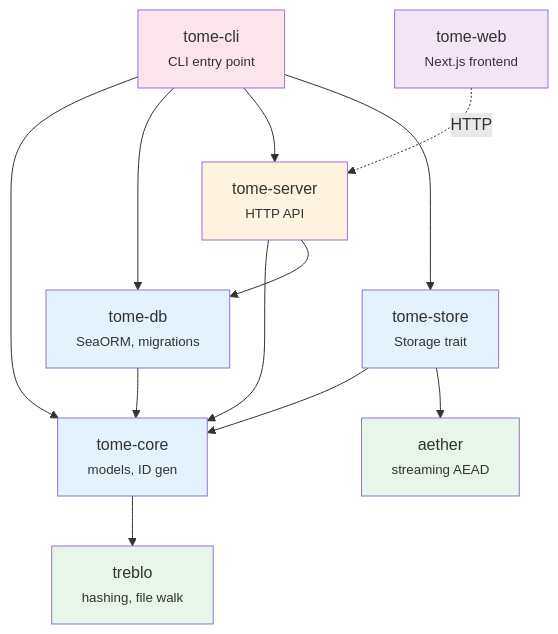
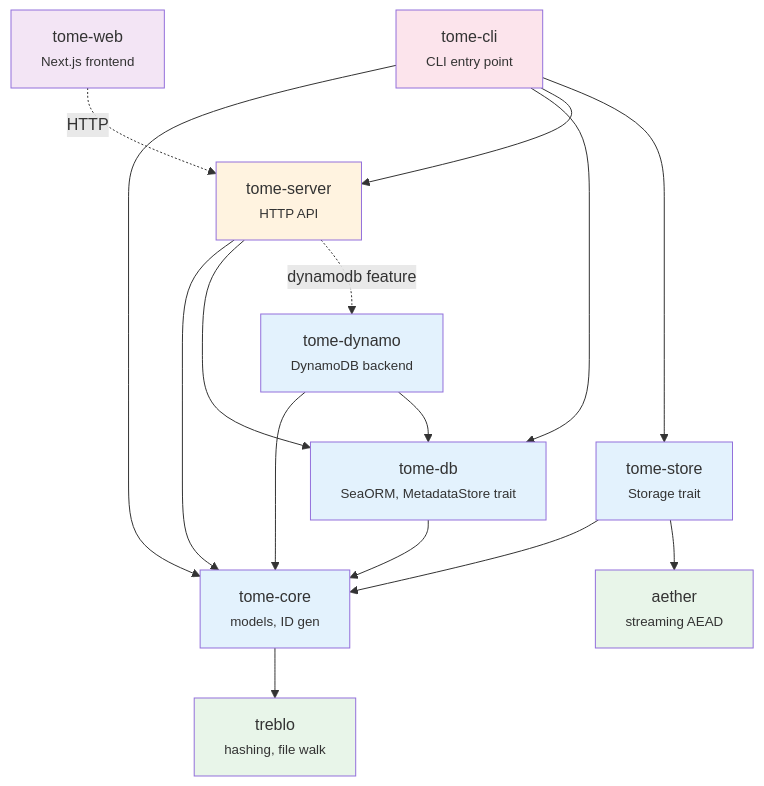
One commit to taskie/tome changed the first of 6 diagrams in ARCHITECTURE.md. Above: the diagram before and after it, drawn with Mermaid. The commit also changed other lines of this file and 2 other files, not shown here.

Commit message:
docs: update ARCHITECTURE.md, TODO.md, CLAUDE.md for MetadataStore and DynamoDB

````diff
--- a/ARCHITECTURE.md
+++ b/ARCHITECTURE.md
@@ -24,33 +25,38 @@
 ```mermaid
 graph TD
     treblo["treblo<br/><small>hashing, file walk</small>"]
     aether["aether<br/><small>streaming AEAD</small>"]
     core["tome-core<br/><small>models, ID gen</small>"]
-    db["tome-db<br/><small>SeaORM, migrations</small>"]
+    db["tome-db<br/><small>SeaORM, MetadataStore trait</small>"]
+    dynamo["tome-dynamo<br/><small>DynamoDB backend</small>"]
     store["tome-store<br/><small>Storage trait</small>"]
     server["tome-server<br/><small>HTTP API</small>"]
     cli["tome-cli<br/><small>CLI entry point</small>"]
     web["tome-web<br/><small>Next.js frontend</small>"]
 
     core --> treblo
     db --> core
+    dynamo --> core
+    dynamo --> db
     store --> core
     store --> aether
     server --> core
     server --> db
+    server -. "dynamodb feature" .-> dynamo
     cli --> core
     cli --> db
     cli --> server
     cli --> store
 
     web -. "HTTP" .-> server
 
     style treblo fill:#e8f5e9
     style aether fill:#e8f5e9
     style core fill:#e3f2fd
     style db fill:#e3f2fd
+    style dynamo fill:#e3f2fd
     style store fill:#e3f2fd
     style server fill:#fff3e0
     style cli fill:#fce4ec
     style web fill:#f3e5f5
 ```
````
